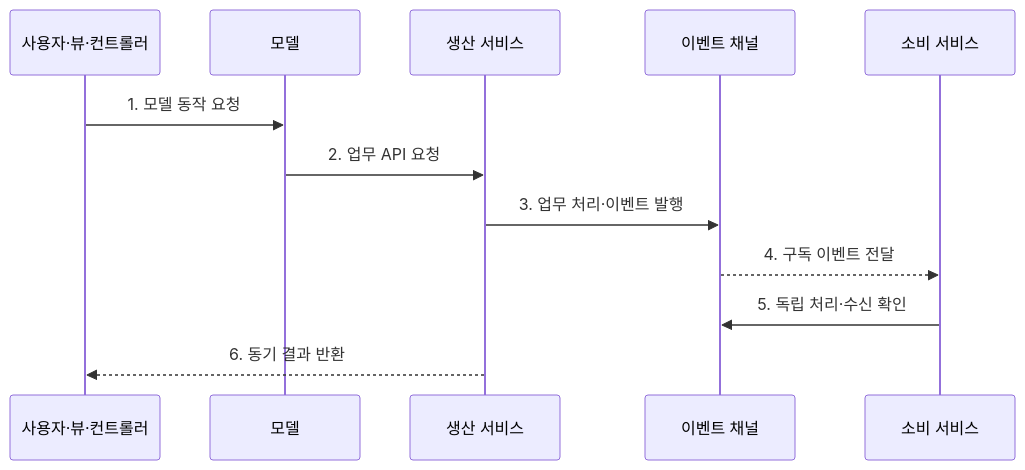
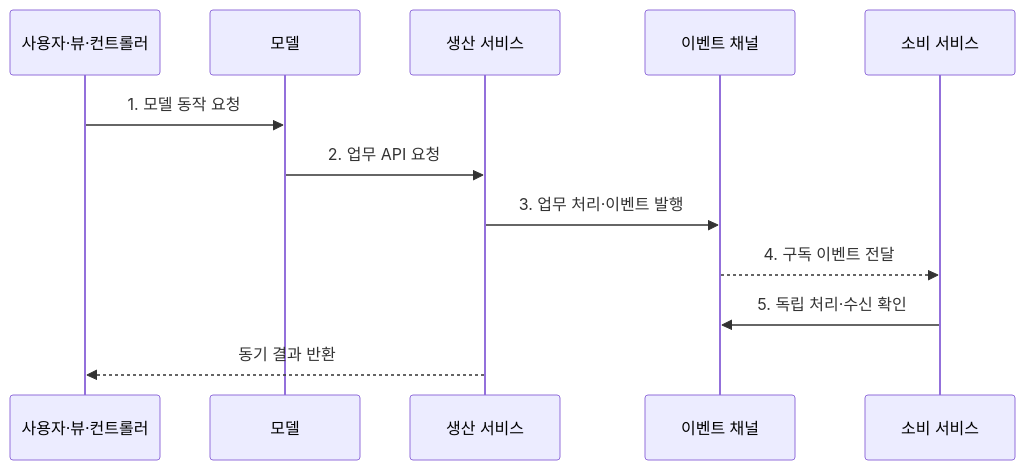
Before and after one commit to agnusdei1207/knowledge-base: the second of 2 diagrams in src/content/docs/notes/03-software/038_architecture_patterns.md, drawn with Mermaid. The commit also changed other lines of this file and 238 other files, not shown here.

````diff
--- a/src/content/docs/notes/03-software/038_architecture_patterns.md
+++ b/src/content/docs/notes/03-software/038_architecture_patterns.md
@@ -84,14 +84,14 @@
 ```mermaid
 sequenceDiagram
     participant U as 사용자·뷰·컨트롤러
     participant M as 모델
     participant P as 생산 서비스
     participant E as 이벤트 채널
     participant Q as 소비 서비스
     U->>M: 1. 모델 동작 요청
     M->>P: 2. 업무 API 요청
     P->>E: 3. 업무 처리·이벤트 발행
     E-->>Q: 4. 구독 이벤트 전달
     Q->>E: 5. 독립 처리·수신 확인
-    P-->>U: 6. 동기 결과 반환
+    P-->>U: 동기 결과 반환
 ```
````
